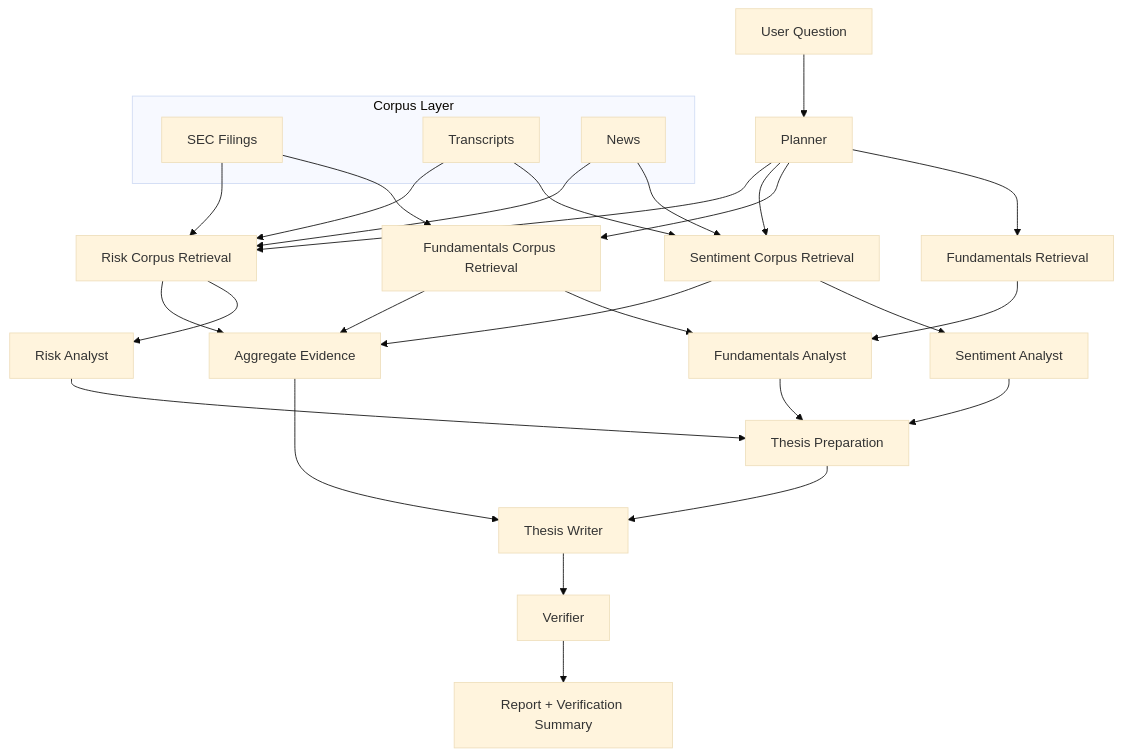
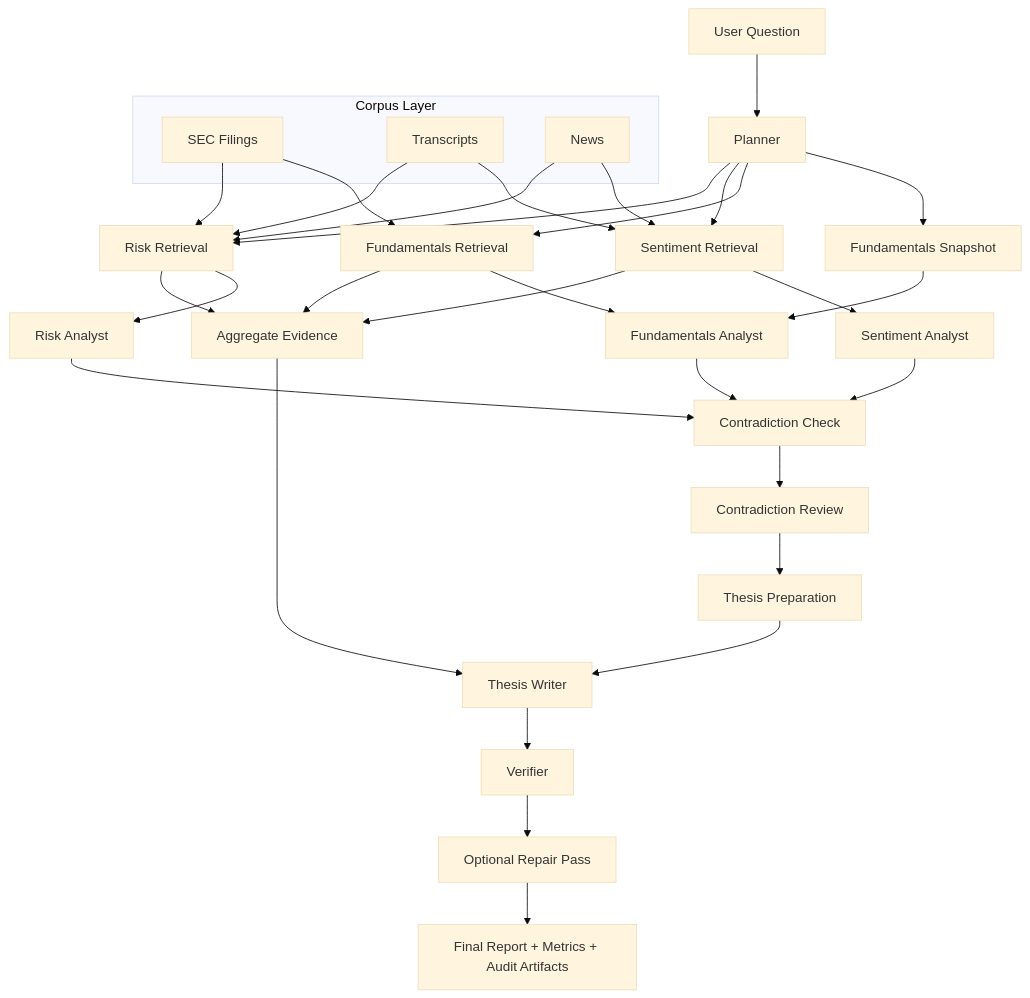
Before and after one commit to danielmtzbarba/quant-agentic-rag: the diagram in README.md, drawn with Mermaid (base theme). The commit also changed other lines of this file, not shown here.

````diff
--- a/README.md
+++ b/README.md
@@ -25,39 +61,41 @@
 ```mermaid
 flowchart TD
     A["User Question"] --> B["Planner"]
-    B --> C["Fundamentals Retrieval"]
-    B --> D["Fundamentals Corpus Retrieval"]
-    B --> E["Sentiment Corpus Retrieval"]
-    B --> F["Risk Corpus Retrieval"]
+    B --> C["Fundamentals Snapshot"]
+    B --> D["Fundamentals Retrieval"]
+    B --> E["Sentiment Retrieval"]
+    B --> F["Risk Retrieval"]
 
     C --> G["Fundamentals Analyst"]
     D --> G
     E --> H["Sentiment Analyst"]
     F --> I["Risk Analyst"]
 
     D --> J["Aggregate Evidence"]
     E --> J
     F --> J
 
-    G --> K["Thesis Preparation"]
+    G --> K["Contradiction Check"]
     H --> K
     I --> K
-    K --> L["Thesis Writer"]
-    J --> L
+    K --> L["Contradiction Review"]
+    L --> M["Thesis Preparation"]
+    M --> N["Thesis Writer"]
+    J --> N
+    N --> O["Verifier"]
+    O --> P["Optional Repair Pass"]
+    P --> Q["Final Report + Metrics + Audit Artifacts"]
 
-    L --> M["Verifier"]
-    M --> O["Report + Verification Summary"]
-
-    subgraph N["Corpus Layer"]
-        N1["SEC Filings"]
-        N2["Transcripts"]
-        N3["News"]
+    subgraph R["Corpus Layer"]
+        R1["SEC Filings"]
+        R2["Transcripts"]
+        R3["News"]
     end
 
-    N1 --> D
-    N1 --> F
-    N2 --> E
-    N2 --> F
-    N3 --> E
-    N3 --> F
+    R1 --> D
+    R1 --> F
+    R2 --> E
+    R2 --> F
+    R3 --> E
+    R3 --> F
 ```
````
